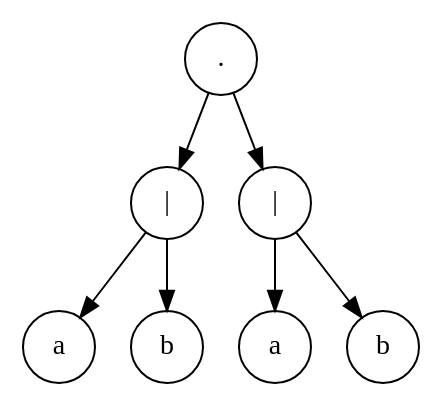
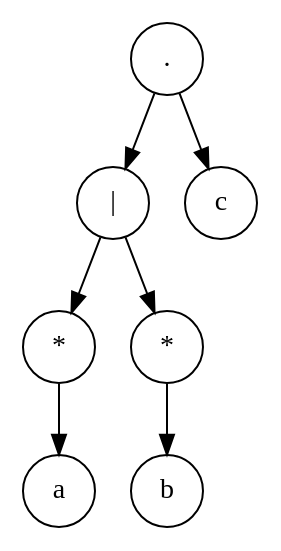
One commit to JoseGon20335/labC-lenguajes changed the diagram in Tree.gv. Above: the diagram before and after it, drawn with Graphviz. The commit also changed 9 other files, not shown here.

```diff
--- a/Tree.gv
+++ b/Tree.gv
@@ -1,17 +1,17 @@
 // resultado
 digraph Tree {
 	graph [rankdir=TB]
-	1125992664416 [label="." shape=circle]
-	1125992664032 [label="|" shape=circle]
-	1125992663840 [label=a shape=circle]
-	1125992664032 -> 1125992663840
-	1125992663936 [label=b shape=circle]
-	1125992664032 -> 1125992663936
-	1125992664416 -> 1125992664032
-	1125992664320 [label="|" shape=circle]
-	1125992664128 [label=a shape=circle]
-	1125992664320 -> 1125992664128
-	1125992664224 [label=b shape=circle]
-	1125992664320 -> 1125992664224
-	1125992664416 -> 1125992664320
+	2147425510848 [label="." shape=circle]
+	2147425516032 [label="|" shape=circle]
+	2147425505712 [label="*" shape=circle]
+	2147425501920 [label=a shape=circle]
+	2147425505712 -> 2147425501920
+	2147425516032 -> 2147425505712
+	2147425516128 [label="*" shape=circle]
+	2147425505808 [label=b shape=circle]
+	2147425516128 -> 2147425505808
+	2147425516032 -> 2147425516128
+	2147425510848 -> 2147425516032
+	2147425510752 [label=c shape=circle]
+	2147425510848 -> 2147425510752
 }
```
